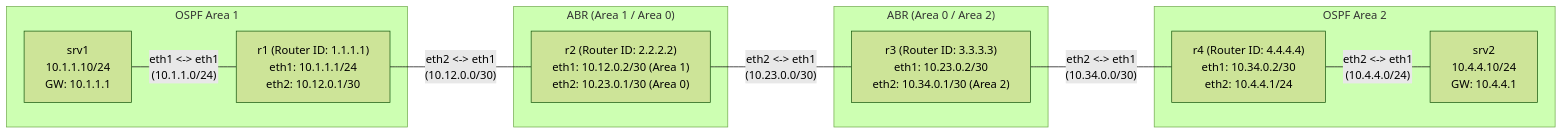
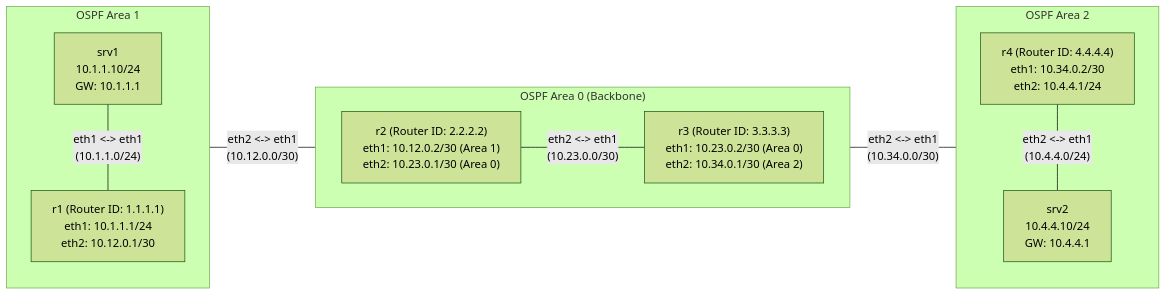
The diagram in bai-tap-ve-nha/18-troubleshooting-chaos-lab/lab-guide.md (thangphan205/containerlab-demo), drawn with Mermaid (forest theme) before and after one commit. The commit also changed 1 other file, not shown here.

Commit message:
docs: update lab guides for OSPF multi-area and troubleshooting chaos labs

````diff
--- a/bai-tap-ve-nha/18-troubleshooting-chaos-lab/lab-guide.md
+++ b/bai-tap-ve-nha/18-troubleshooting-chaos-lab/lab-guide.md
@@ -24,26 +24,26 @@
 ```mermaid
 graph LR
     subgraph area1 ["OSPF Area 1"]
+        direction TB
         srv1["srv1<br>10.1.1.10/24<br>GW: 10.1.1.1"]
         r1["r1 (Router ID: 1.1.1.1)<br>eth1: 10.1.1.1/24<br>eth2: 10.12.0.1/30"]
+        srv1 -- "eth1 <-> eth1<br>(10.1.1.0/24)" --- r1
     end
 
-    subgraph abr1 ["ABR (Area 1 / Area 0)"]
+    subgraph area0 ["OSPF Area 0 (Backbone)"]
+        direction LR
         r2["r2 (Router ID: 2.2.2.2)<br>eth1: 10.12.0.2/30 (Area 1)<br>eth2: 10.23.0.1/30 (Area 0)"]
-    end
-
-    subgraph abr2 ["ABR (Area 0 / Area 2)"]
-        r3["r3 (Router ID: 3.3.3.3)<br>eth1: 10.23.0.2/30<br>eth2: 10.34.0.1/30 (Area 2)"]
+        r3["r3 (Router ID: 3.3.3.3)<br>eth1: 10.23.0.2/30 (Area 0)<br>eth2: 10.34.0.1/30 (Area 2)"]
+        r2 -- "eth2 <-> eth1<br>(10.23.0.0/30)" --- r3
     end
 
     subgraph area2 ["OSPF Area 2"]
+        direction TB
         r4["r4 (Router ID: 4.4.4.4)<br>eth1: 10.34.0.2/30<br>eth2: 10.4.4.1/24"]
         srv2["srv2<br>10.4.4.10/24<br>GW: 10.4.4.1"]
+        r4 -- "eth2 <-> eth1<br>(10.4.4.0/24)" --- srv2
     end
 
-    srv1 -- "eth1 <-> eth1<br>(10.1.1.0/24)" --- r1
     r1 -- "eth2 <-> eth1<br>(10.12.0.0/30)" --- r2
-    r2 -- "eth2 <-> eth1<br>(10.23.0.0/30)" --- r3
     r3 -- "eth2 <-> eth1<br>(10.34.0.0/30)" --- r4
-    r4 -- "eth2 <-> eth1<br>(10.4.4.0/24)" --- srv2
 ```
````
